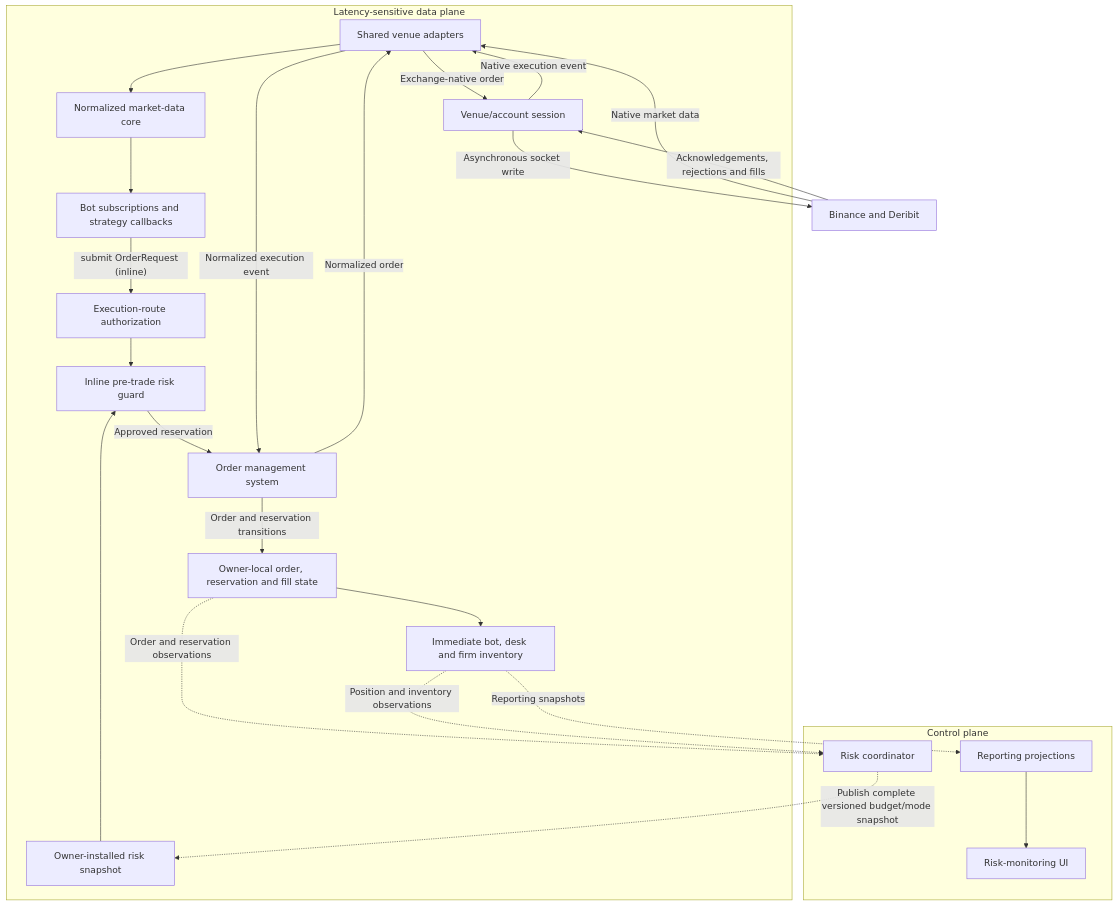
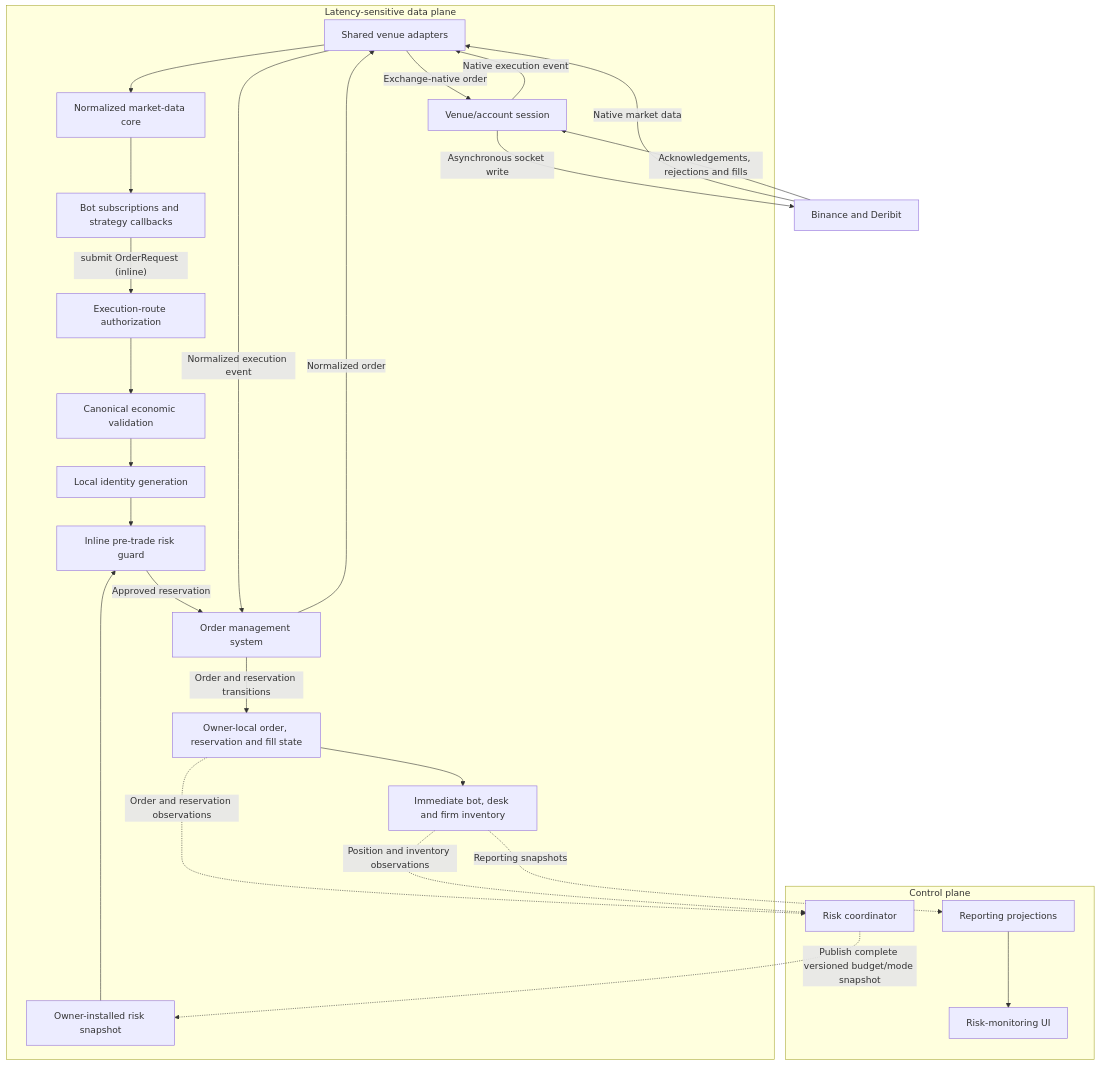
One commit to KomodorDev/project-AEGIS changed the first of 2 diagrams in docs/architecture.md. Above: the diagram before and after it, drawn with Mermaid. The commit also changed other lines of this file and 8 other files, not shown here.

````diff
--- a/docs/architecture.md
+++ b/docs/architecture.md
@@ -44,30 +51,32 @@
 ```mermaid
 flowchart TD
     subgraph D["Latency-sensitive data plane"]
         A["Shared venue adapters"] --> M["Normalized market-data core"]
         M --> B["Bot subscriptions and strategy callbacks"]
         B -->|"submit OrderRequest (inline)"| Q["Execution-route authorization"]
-        Q --> G["Inline pre-trade risk guard"]
+        Q --> CV["Canonical economic validation"]
+        CV --> CID["Local identity generation"]
+        CID --> G["Inline pre-trade risk guard"]
         S["Owner-installed risk snapshot"] --> G
         G -->|"Approved reservation"| O["Order management system"]
         O -->|"Normalized order"| A
         A -->|"Exchange-native order"| V["Venue/account session"]
         O -->|"Order and reservation transitions"| L["Owner-local order, reservation and fill state"]
         L --> I["Immediate bot, desk and firm inventory"]
     end
 
     subgraph C["Control plane"]
         R["Risk coordinator"]
         P["Reporting projections"] --> U["Risk-monitoring UI"]
     end
 
     E["Binance and Deribit"] -->|"Native market data"| A
     V -->|"Asynchronous socket write"| E
     E -->|"Acknowledgements, rejections and fills"| V
     V -->|"Native execution event"| A
     A -->|"Normalized execution event"| O
     L -. "Order and reservation observations" .-> R
     I -. "Position and inventory observations" .-> R
     I -. "Reporting snapshots" .-> P
     R -. "Publish complete versioned budget/mode snapshot" .-> S
 ```
````
